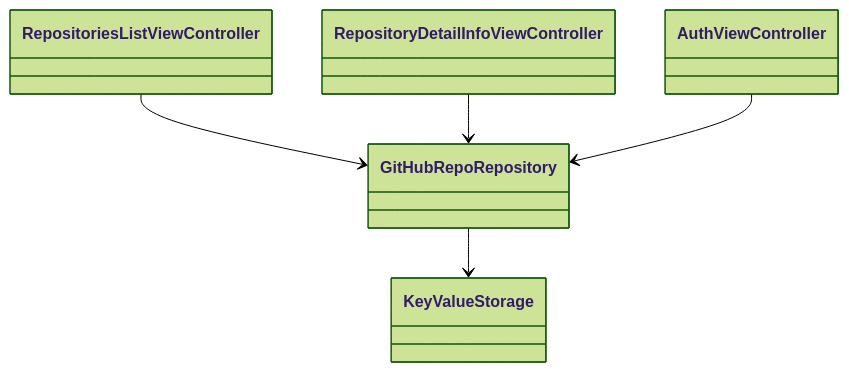
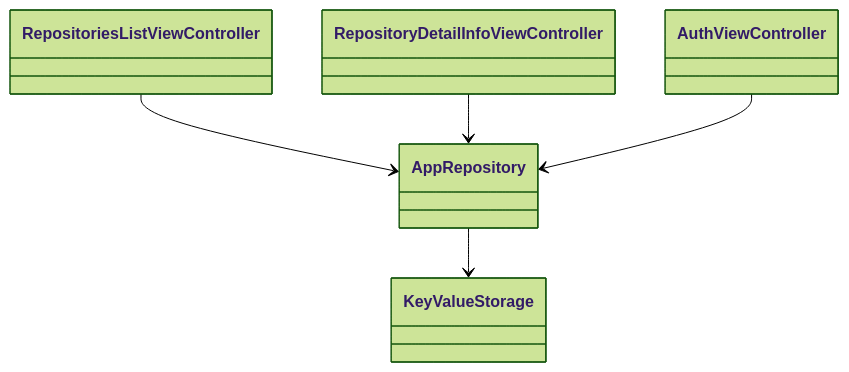
One commit to icerockdev/kmm.icerock.dev changed the diagram in university/2-ios-basics/practice.md. Above: the diagram before and after it, drawn with Mermaid (forest theme). The commit also changed other lines of this file and 2 other files, not shown here.

Commit message:
class diagrams fixes

````diff
--- a/university/2-ios-basics/practice.md
+++ b/university/2-ios-basics/practice.md
@@ -84,16 +84,17 @@
 ```mermaid
    classDiagram
    
    class RepositoriesListViewController:::ios
    class RepositoryDetailInfoViewController:::ios
    class AuthViewController:::ios
    
-   class GitHubRepoRepository:::ios
+   class AppRepository:::ios
    
    class KeyValueStorage:::ios
    
-   RepositoriesListViewController --> GitHubRepoRepository
-   RepositoryDetailInfoViewController --> GitHubRepoRepository
-   AuthViewController --> GitHubRepoRepository
-   GitHubRepoRepository --> KeyValueStorage
+   RepositoriesListViewController --> AppRepository
+   RepositoryDetailInfoViewController --> AppRepository
+   AuthViewController --> AppRepository
+
+   AppRepository --> KeyValueStorage
 ```
````
